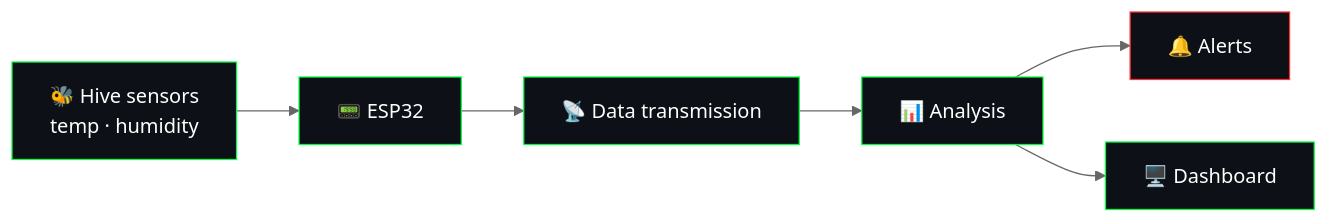
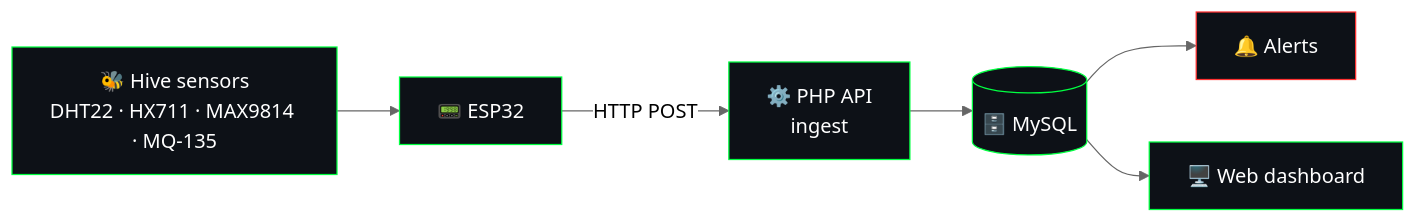
The diagram in README.md (jeronimoparra-ai/jeronimoparra-ai), drawn with Mermaid (neutral theme) before and after one commit. The commit also changed other lines of this file, not shown here.

````diff
--- a/README.md
+++ b/README.md
@@ -133,14 +143,14 @@
 ```mermaid
 flowchart LR
-    A[🐝 Hive sensors<br/>temp · humidity] --> B[📟 ESP32]
-    B --> C[📡 Data transmission]
-    C --> D[📊 Analysis]
+    A[🐝 Hive sensors<br/>DHT22 · HX711 · MAX9814 · MQ-135] --> B[📟 ESP32]
+    B -->|HTTP POST| C[⚙️ PHP API<br/>ingest]
+    C --> D[(🗄️ MySQL)]
     D --> E[🔔 Alerts]
-    D --> F[🖥️ Dashboard]
+    D --> F[🖥️ Web dashboard]
     style A fill:#0d1117,stroke:#00FF41,color:#fff
     style B fill:#0d1117,stroke:#00FF41,color:#fff
     style C fill:#0d1117,stroke:#00FF41,color:#fff
     style D fill:#0d1117,stroke:#00FF41,color:#fff
     style E fill:#0d1117,stroke:#FF3131,color:#fff
     style F fill:#0d1117,stroke:#00FF41,color:#fff
 ```
````
